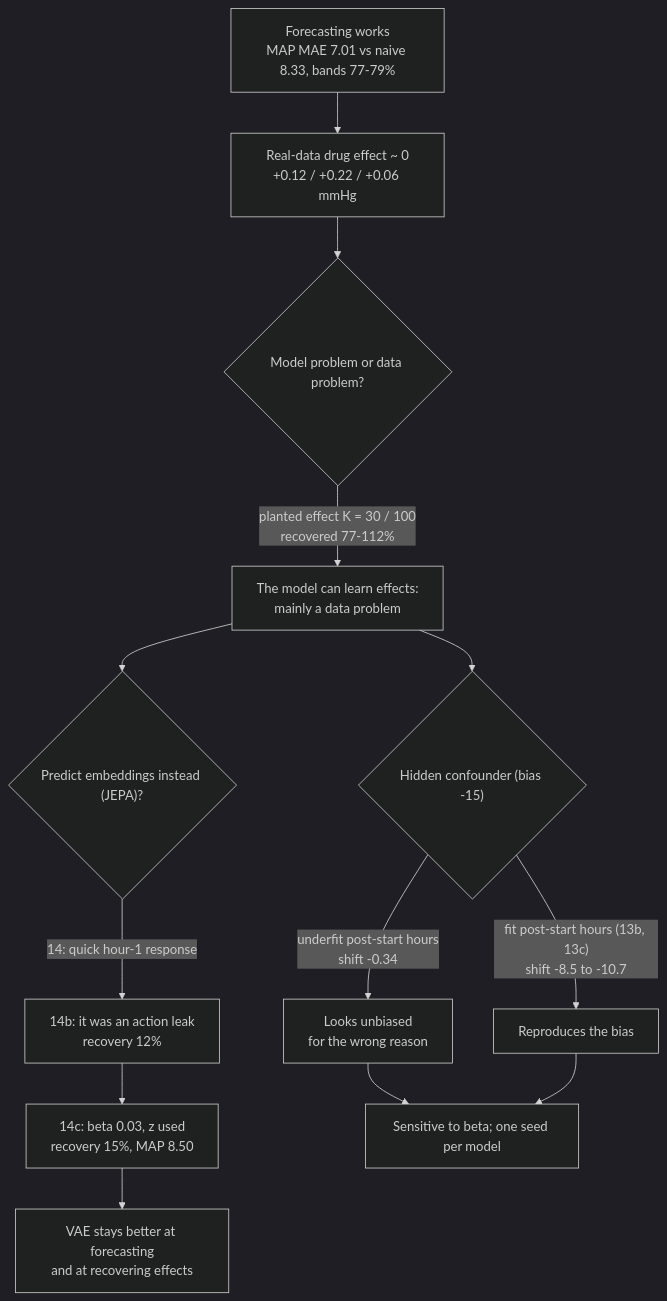
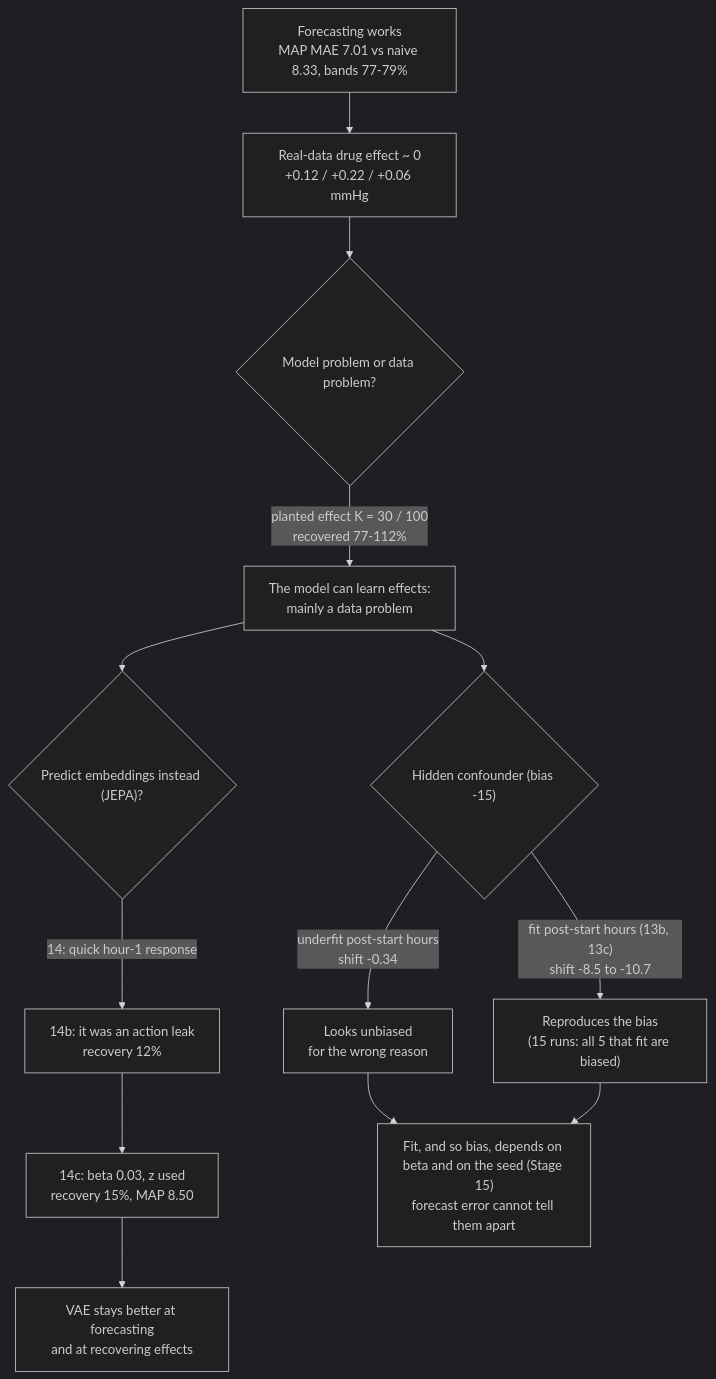
The first of 4 diagrams in docs/JOURNEY.md (seyedhasanmirhoseini1367/icu-world-model), drawn with Mermaid (dark theme) before and after one commit. The commit also changed other lines of this file and 42 other files, not shown here.

First line of the commit message:
Stage 15 results: beta sweep x 3 seeds, verdict "partly"

````diff
--- a/docs/JOURNEY.md
+++ b/docs/JOURNEY.md
@@ -72,15 +83,15 @@
 ```mermaid
 flowchart TD
     F["Forecasting works<br/>MAP MAE 7.01 vs naive 8.33, bands 77-79%"] --> R["Real-data drug effect ~ 0<br/>+0.12 / +0.22 / +0.06 mmHg"]
     R --> Q{"Model problem or data problem?"}
     Q -- "planted effect K = 30 / 100<br/>recovered 77-112%" --> D["The model can learn effects:<br/>mainly a data problem"]
     D --> H{"Hidden confounder (bias -15)"}
     H -- "underfit post-start hours<br/>shift -0.34" --> U["Looks unbiased<br/>for the wrong reason"]
-    H -- "fit post-start hours (13b, 13c)<br/>shift -8.5 to -10.7" --> B["Reproduces the bias"]
+    H -- "fit post-start hours (13b, 13c)<br/>shift -8.5 to -10.7" --> B["Reproduces the bias<br/>(15 runs: all 5 that fit are biased)"]
     D --> J{"Predict embeddings instead (JEPA)?"}
     J -- "14: quick hour-1 response" --> L["14b: it was an action leak<br/>recovery 12%"]
     L --> Z["14c: beta 0.03, z used<br/>recovery 15%, MAP 8.50"]
     Z --> V["VAE stays better at forecasting<br/>and at recovering effects"]
-    U --> S["Sensitive to beta; one seed per model"]
+    U --> S["Fit, and so bias, depends on beta and on the seed (Stage 15)<br/>forecast error cannot tell them apart"]
     B --> S
 ```
````
